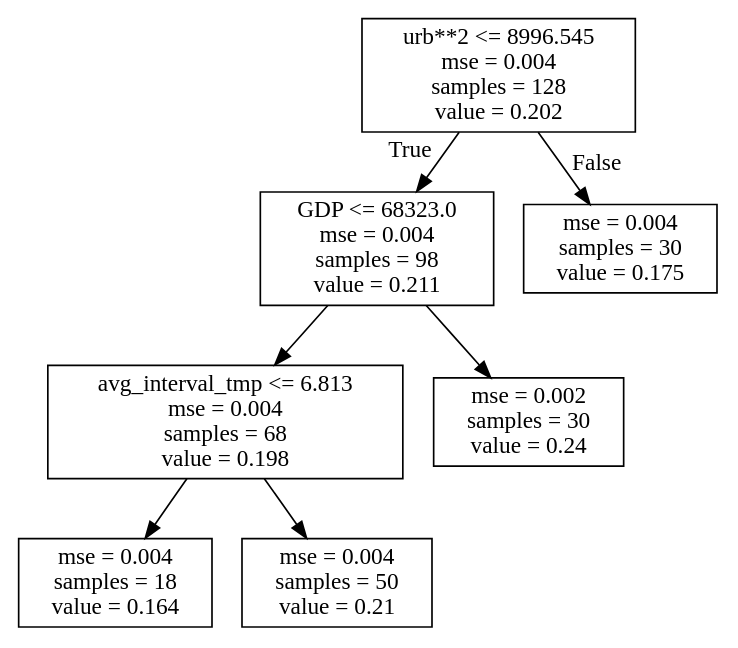
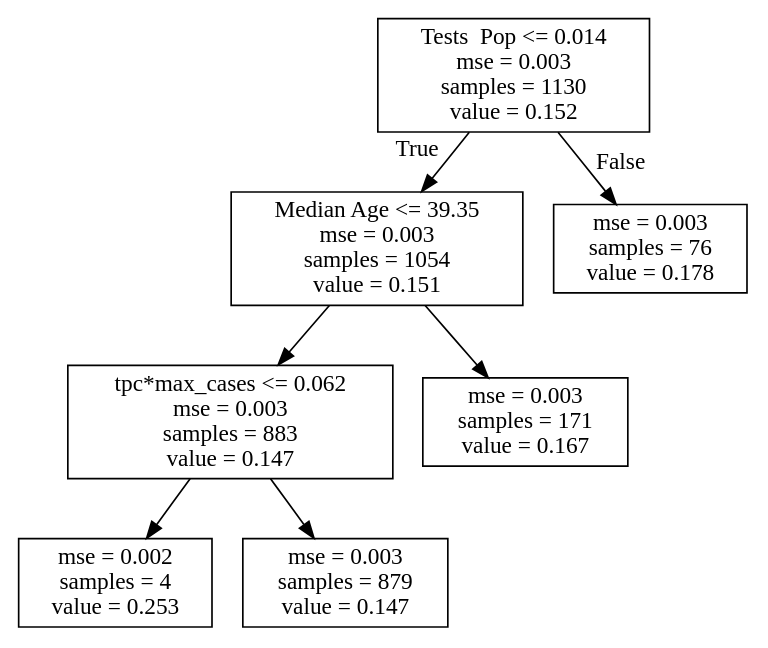
The diagram in products/decision_tree/decision_tree_first_7_run0.dot (hopl1t/covid19), drawn with Graphviz before and after one commit. The commit also changed 55 other files, not shown here.

```diff
--- a/products/decision_tree/decision_tree_first_7_run0.dot
+++ b/products/decision_tree/decision_tree_first_7_run0.dot
@@ -1,16 +1,16 @@
 digraph Tree {
 node [shape=box] ;
-0 [label="urb**2 <= 8996.545\nmse = 0.004\nsamples = 128\nvalue = 0.202"] ;
-1 [label="GDP <= 68323.0\nmse = 0.004\nsamples = 98\nvalue = 0.211"] ;
+0 [label="Tests \ Pop <= 0.014\nmse = 0.003\nsamples = 1130\nvalue = 0.152"] ;
+1 [label="Median Age <= 39.35\nmse = 0.003\nsamples = 1054\nvalue = 0.151"] ;
 0 -> 1 [labeldistance=2.5, labelangle=45, headlabel="True"] ;
-2 [label="avg_interval_tmp <= 6.813\nmse = 0.004\nsamples = 68\nvalue = 0.198"] ;
+2 [label="tpc*max_cases <= 0.062\nmse = 0.003\nsamples = 883\nvalue = 0.147"] ;
 1 -> 2 ;
-3 [label="mse = 0.004\nsamples = 18\nvalue = 0.164"] ;
+3 [label="mse = 0.002\nsamples = 4\nvalue = 0.253"] ;
 2 -> 3 ;
-4 [label="mse = 0.004\nsamples = 50\nvalue = 0.21"] ;
+4 [label="mse = 0.003\nsamples = 879\nvalue = 0.147"] ;
 2 -> 4 ;
-5 [label="mse = 0.002\nsamples = 30\nvalue = 0.24"] ;
+5 [label="mse = 0.003\nsamples = 171\nvalue = 0.167"] ;
 1 -> 5 ;
-6 [label="mse = 0.004\nsamples = 30\nvalue = 0.175"] ;
+6 [label="mse = 0.003\nsamples = 76\nvalue = 0.178"] ;
 0 -> 6 [labeldistance=2.5, labelangle=-45, headlabel="False"] ;
 }
```
